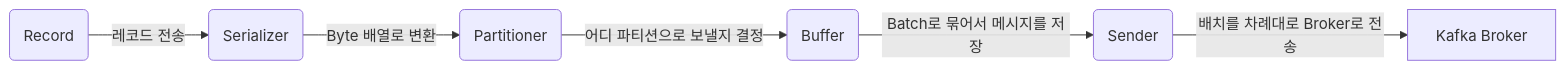
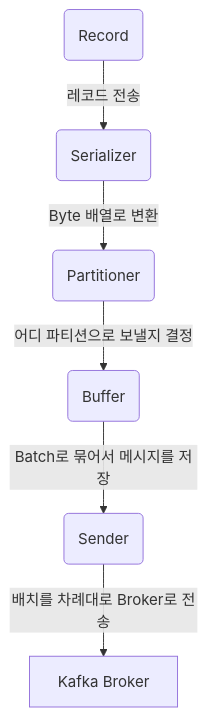
The first of 2 diagrams in _posts/2023-07-17-Kafka 프로듀서(producer)(3).md (KwakTaeMin/KwakTaeMin.github.io), drawn with Mermaid before and after one commit.

Commit message:
카프카 프로듀서 포스팅

```diff
--- a/_posts/2023-07-17-Kafka 프로듀서(producer)(3).md
+++ b/_posts/2023-07-17-Kafka 프로듀서(producer)(3).md
@@ -27,8 +27,8 @@
 <div class="mermaid"> 
-graph LR;
+flowchart TB;
   A(Record)-->|레코드 전송|B(Serializer);
   B-->|Byte 배열로 변환|C(Partitioner);
   C-->|어디 파티션으로 보낼지 결정|D(Buffer);
   D-->|Batch로 묶어서 메시지를 저장|F(Sender);
   F-->|배치를 차례대로 Broker로 전송|G[Kafka Broker];
 </div> 
```
